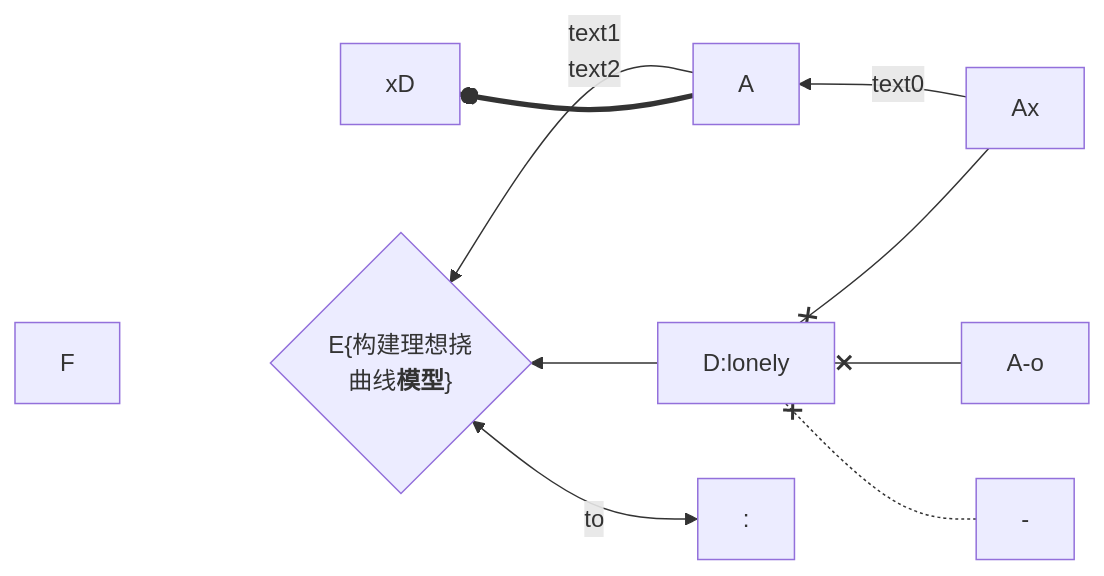
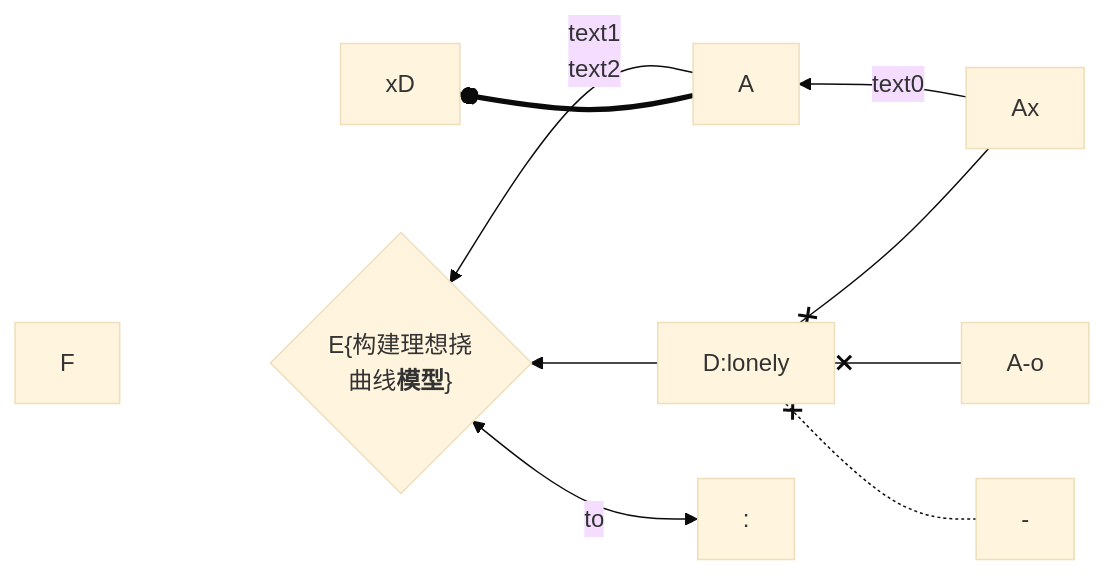
Before and after one commit to minahasilo/md2visio: the fifth of 8 diagrams in md2visio/test/graph.md, drawn with Mermaid. The commit also changed other lines of this file and 8 other files, not shown here.

``````diff
--- a/md2visio/test/graph.md
+++ b/md2visio/test/graph.md
@@ -22,23 +99,24 @@
 ````mermaid
+%%{init: {'theme':'base'}}%%
 graph RL
     - -.-x D
     
     A ==o xD
     A-o--xD   
     
     Ax--xD
     Ax--text0
     -->
     A --"text1"
     text2
     --> E 
     
     D --> E{"`E{构建理想挠
     	曲线**模型**}`"}
     
     D[
     D:lonely
     ]
         
     : <-- to --> E ~~~~ F
 `````
``````
